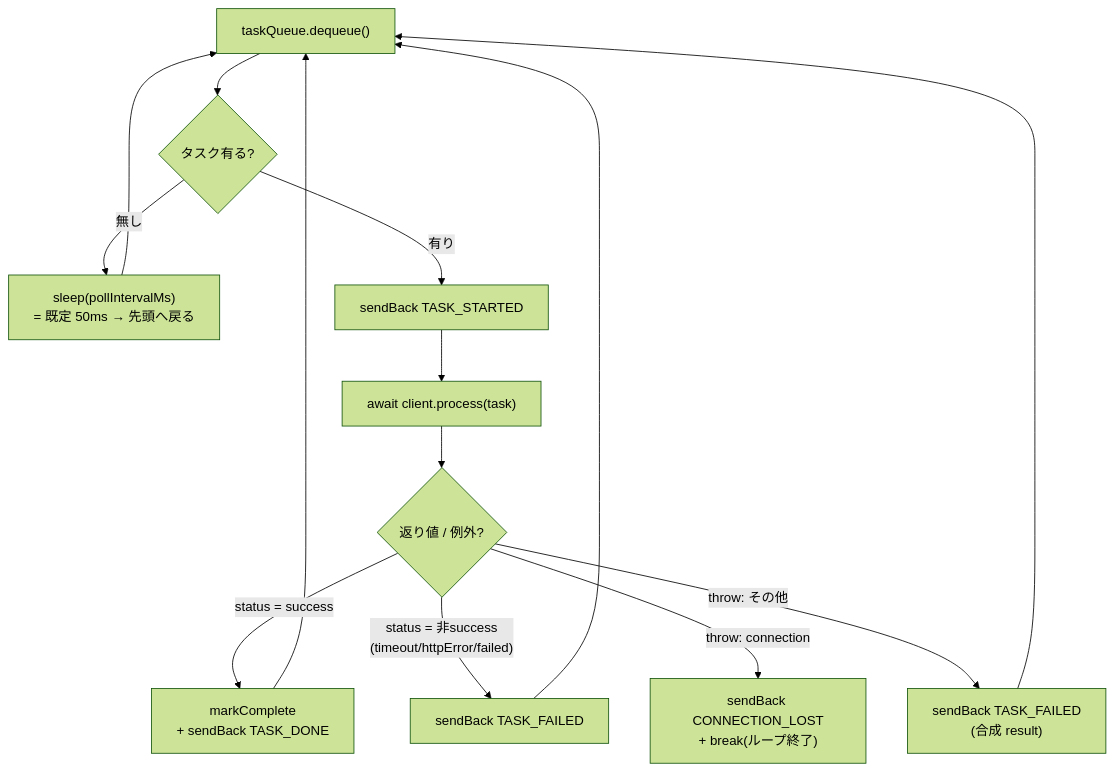
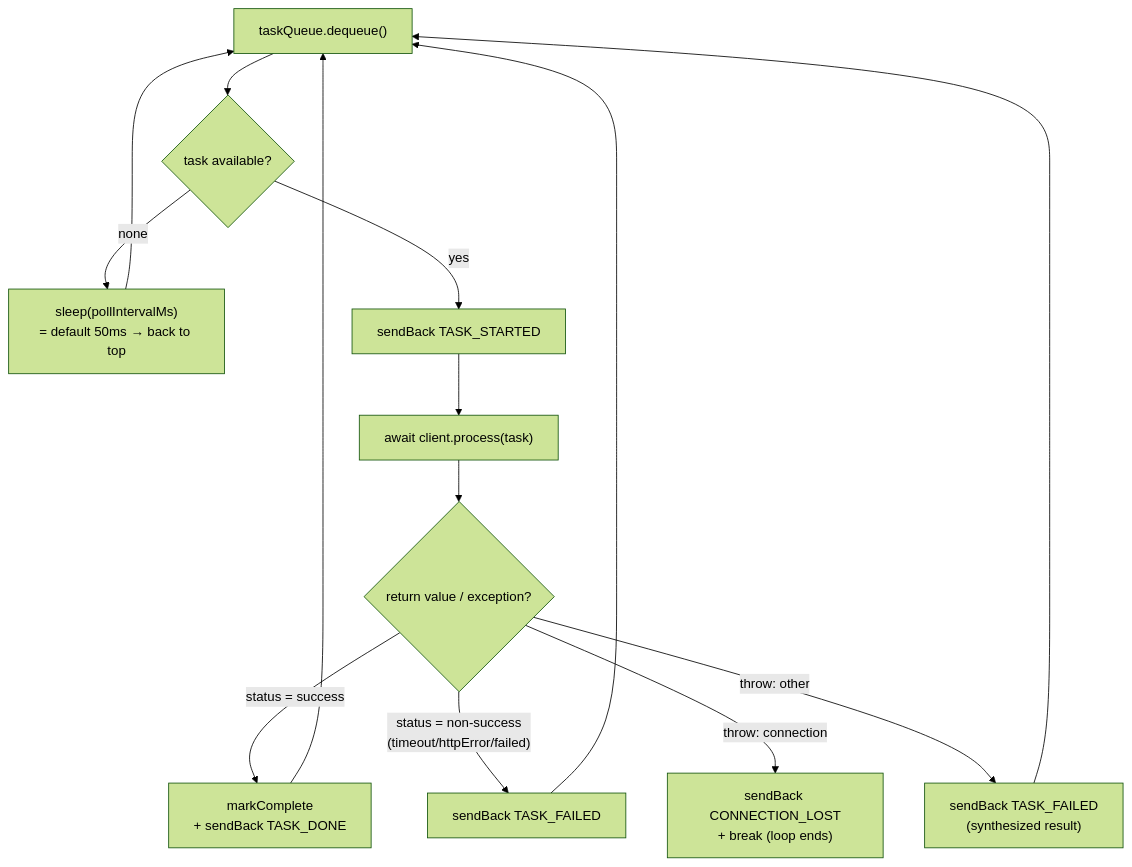
Before and after one commit to uraitakahito/browserhive: the third of 4 diagrams in docs-site/src/content/docs/worker-spawn-and-loop.mdx, drawn with Mermaid (forest theme). The commit also changed other lines of this file and 17 other files, not shown here.

````diff
--- a/docs-site/src/content/docs/worker-spawn-and-loop.mdx
+++ b/docs-site/src/content/docs/worker-spawn-and-loop.mdx
@@ -119,16 +133,16 @@
 ```mermaid
 flowchart TD
-  D["taskQueue.dequeue()"] --> E{"タスク有る?"}
-  E -->|無し| SL["sleep(pollIntervalMs)<br>= 既定 50ms → 先頭へ戻る"]
+  D["taskQueue.dequeue()"] --> E{"task available?"}
+  E -->|none| SL["sleep(pollIntervalMs)<br>= default 50ms → back to top"]
   SL --> D
-  E -->|有り| TS["sendBack TASK_STARTED"]
+  E -->|yes| TS["sendBack TASK_STARTED"]
   TS --> PR["await client.process(task)"]
-  PR --> RES{"返り値 / 例外?"}
+  PR --> RES{"return value / exception?"}
   RES -->|"status = success"| OK["markComplete<br>+ sendBack TASK_DONE"]
-  RES -->|"status = 非success<br>(timeout/httpError/failed)"| NG["sendBack TASK_FAILED"]
-  RES -->|"throw: connection"| CL["sendBack CONNECTION_LOST<br>+ break(ループ終了)"]
-  RES -->|"throw: その他"| NG2["sendBack TASK_FAILED<br>(合成 result)"]
+  RES -->|"status = non-success<br>(timeout/httpError/failed)"| NG["sendBack TASK_FAILED"]
+  RES -->|"throw: connection"| CL["sendBack CONNECTION_LOST<br>+ break (loop ends)"]
+  RES -->|"throw: other"| NG2["sendBack TASK_FAILED<br>(synthesized result)"]
   OK --> D
   NG --> D
   NG2 --> D
 ```
````
